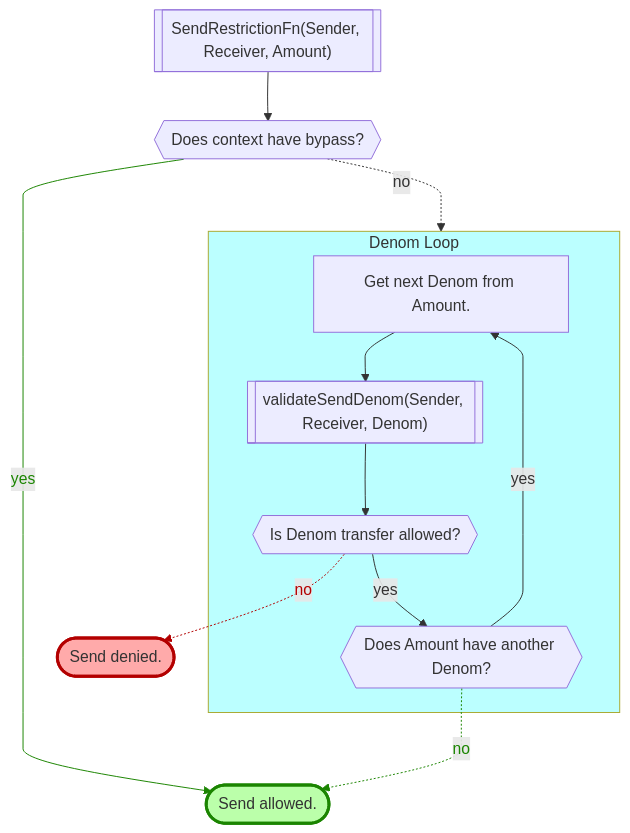
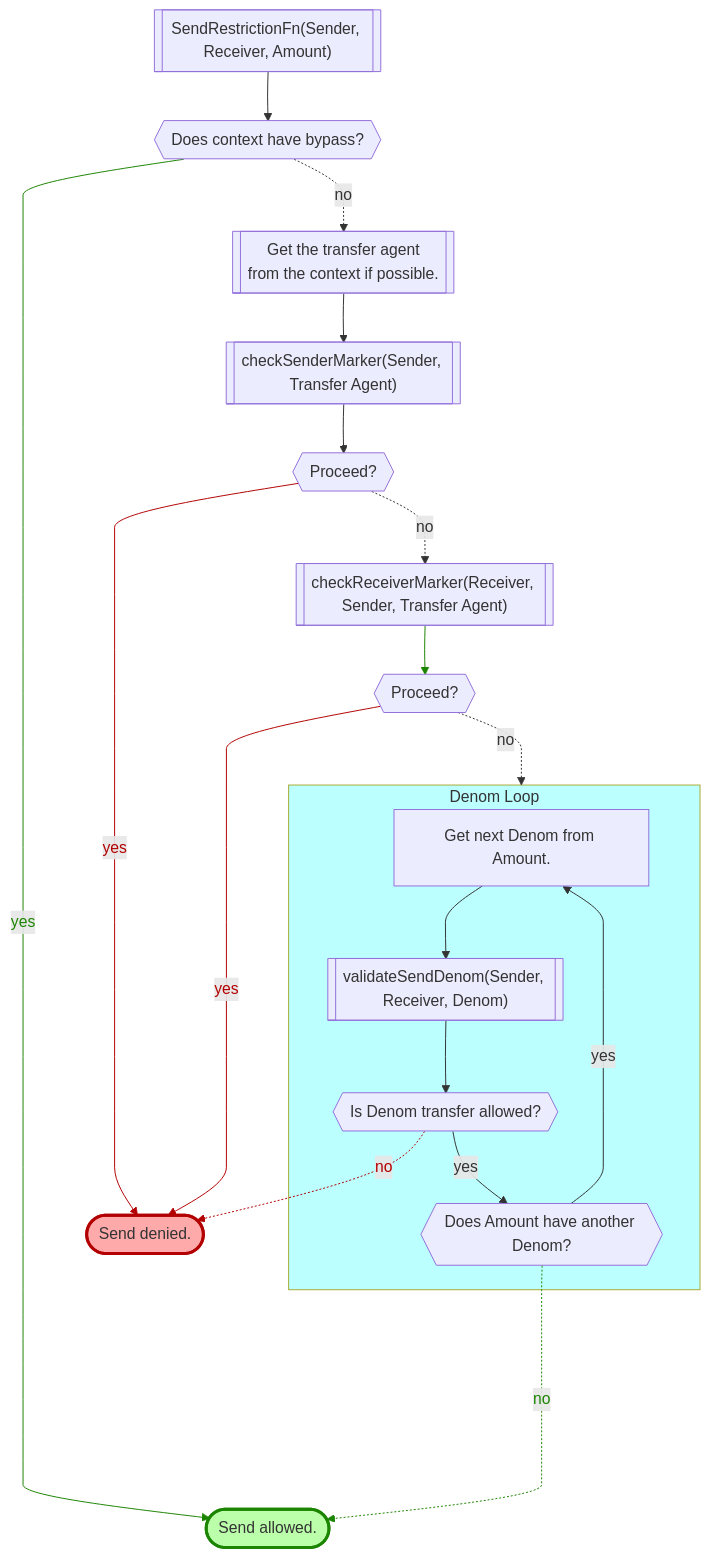
Before and after one commit to provenance-io/provenance: the first of 8 diagrams in x/marker/spec/12_transfers.md, drawn with Mermaid. The commit also changed other lines of this file and 4 other files, not shown here.

````diff
--- a/x/marker/spec/12_transfers.md
+++ b/x/marker/spec/12_transfers.md
@@ -91,29 +105,41 @@
 ```mermaid
 %%{ init: { 'flowchart': { 'curve': 'monotoneY'} } }%%
 flowchart TD
     start[["SendRestrictionFn(Sender, Receiver, Amount)"]]
     qhasbp{{"Does context have bypass?"}}
+    gta[["Get the transfer agent\nfrom the context if possible."]]
+    csm[["checkSenderMarker(Sender, Transfer Agent)"]]
+    issmbad{{"Proceed?"}}
+    crm[["checkReceiverMarker(Receiver, Sender, Transfer Agent)"]]
+    isrmbad{{"Proceed?"}}
     nextd["Get next Denom from Amount."]
     vsd[["validateSendDenom(Sender, Receiver, Denom)"]]
     isdok{{"Is Denom transfer allowed?"}}
     mored{{"Does Amount have another Denom?"}}
     ok(["Send allowed."])
     style ok fill:#bbffaa,stroke:#1b8500,stroke-width:3px
     denied(["Send denied."])
     style denied fill:#ffaaaa,stroke:#b30000,stroke-width:3px
     start --> qhasbp
     qhasbp ------>|yes| ok
-    qhasbp -.->|no| denomloop
+    qhasbp -.->|no| gta
+    gta --> csm
+    csm --> issmbad
+    issmbad -->|yes| denied
+    issmbad -.->|no| crm
+    crm --> isrmbad
+    isrmbad --->|yes| denied
+    isrmbad -.->|no| denomloop
     subgraph denomloop ["Denom Loop"]
     isdok -->|yes| mored
     vsd --> isdok
     mored -->|yes| nextd
     nextd --> vsd
     end
-    mored -.->|no| ok
+    mored -....->|no| ok
     isdok -.->|no| denied
 
     style denomloop fill:#bbffff
-    linkStyle 8 stroke:#b30000,color:#b30000
-    linkStyle 1,7 stroke:#1b8500,color:#1b8500
+    linkStyle 5,8,15 stroke:#b30000,color:#b30000
+    linkStyle 1,7,14 stroke:#1b8500,color:#1b8500
 ```
````
